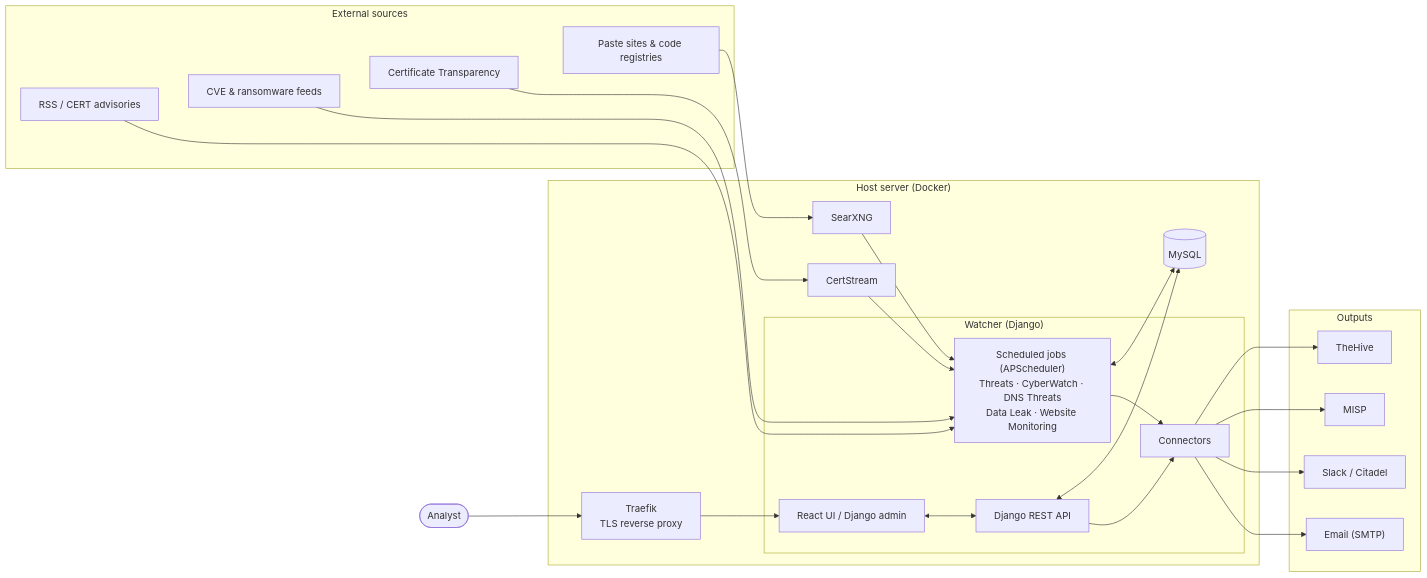
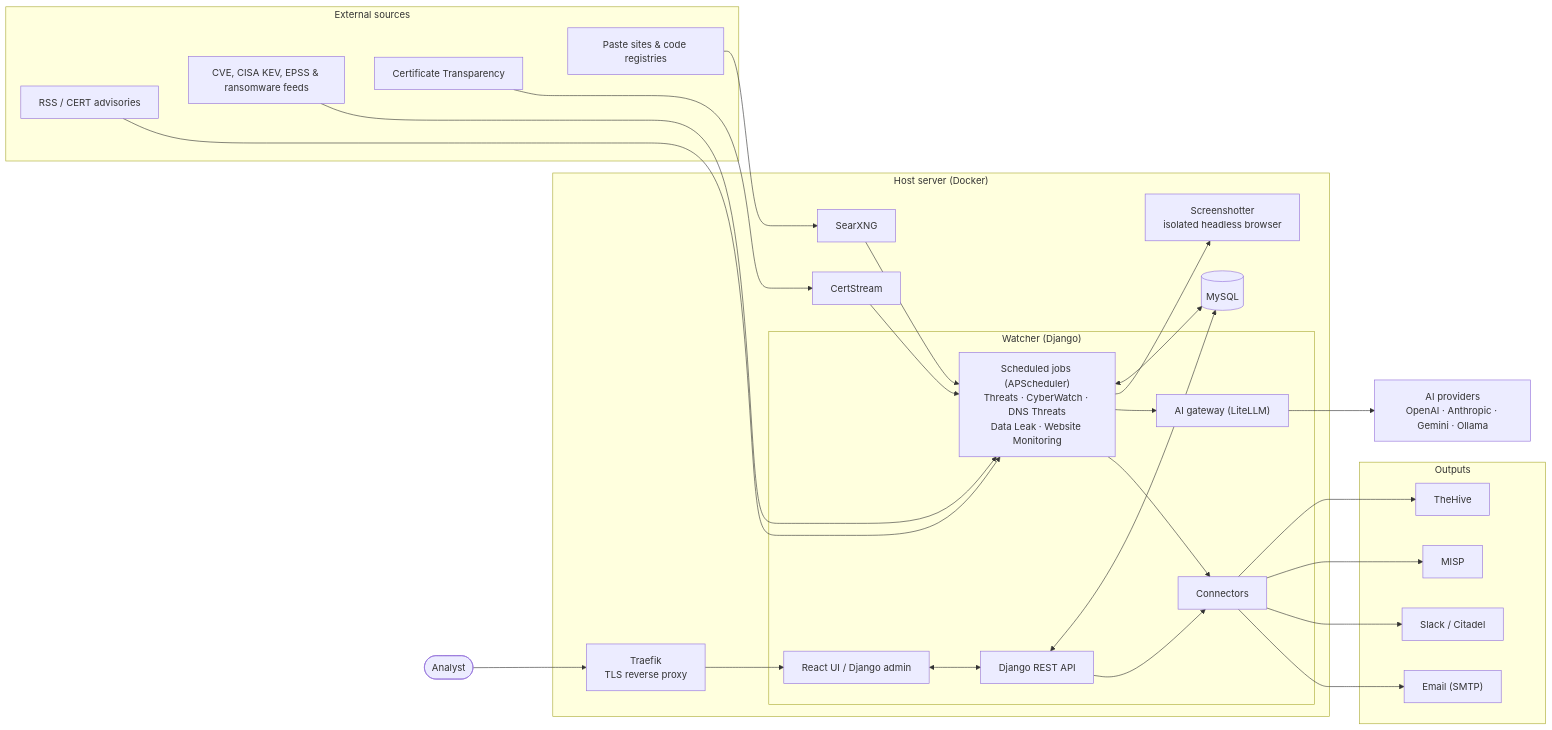
One commit to thalesgroup-cert/Watcher changed the diagram in README.md. Above: the diagram before and after it, drawn with Mermaid. The commit also changed other lines of this file and 27 other files, not shown here.

````diff
--- a/README.md
+++ b/README.md
@@ -216,41 +219,47 @@
 ```mermaid
 flowchart LR
     subgraph SRC["External sources"]
         RSS["RSS / CERT advisories"]
-        CVE["CVE & ransomware feeds"]
+        CVE["CVE, CISA KEV, EPSS & ransomware feeds"]
         CT["Certificate Transparency"]
         WEB["Paste sites & code registries"]
         RSS ~~~ CVE ~~~ CT ~~~ WEB
     end
 
     subgraph HOST["Host server (Docker)"]
         TRAEFIK["Traefik<br/>TLS reverse proxy"]
         subgraph WATCHER["Watcher (Django)"]
             UI["React UI / Django admin"]
             API["Django REST API"]
             JOBS["Scheduled jobs (APScheduler)<br/>Threats · CyberWatch · DNS Threats<br/>Data Leak · Website Monitoring"]
+            LLM["AI gateway (LiteLLM)"]
             CONN["Connectors"]
         end
         CERTSTREAM["CertStream"]
         SEARX["SearXNG"]
+        SHOTS["Screenshotter<br/>isolated headless browser"]
         DB[("MySQL")]
     end
+
+    AI["AI providers<br/>OpenAI · Anthropic · Gemini · Ollama"]
 
     subgraph OUT["Outputs"]
         HIVE["TheHive"]
         MISP["MISP"]
         CHAT["Slack / Citadel"]
         MAIL["Email (SMTP)"]
     end
 
     ANALYST(["Analyst"]) --> TRAEFIK --> UI
     UI <--> API
     API <--> DB
     JOBS <--> DB
     RSS & CVE --> JOBS
     CT --> CERTSTREAM --> JOBS
     WEB --> SEARX --> JOBS
+    JOBS --> SHOTS
+    JOBS --> LLM --> AI
     JOBS --> CONN
     API --> CONN
     CONN --> HIVE & MISP & CHAT & MAIL
 ```
````
